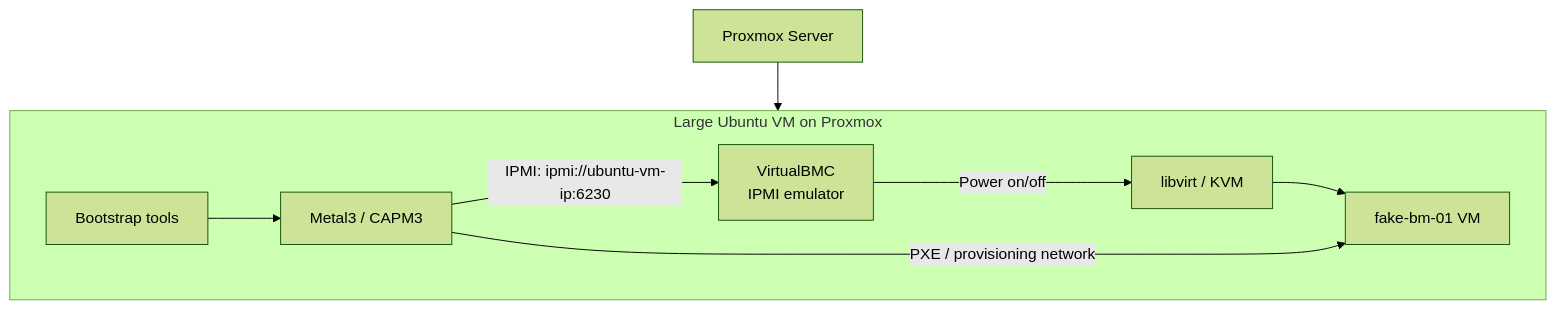
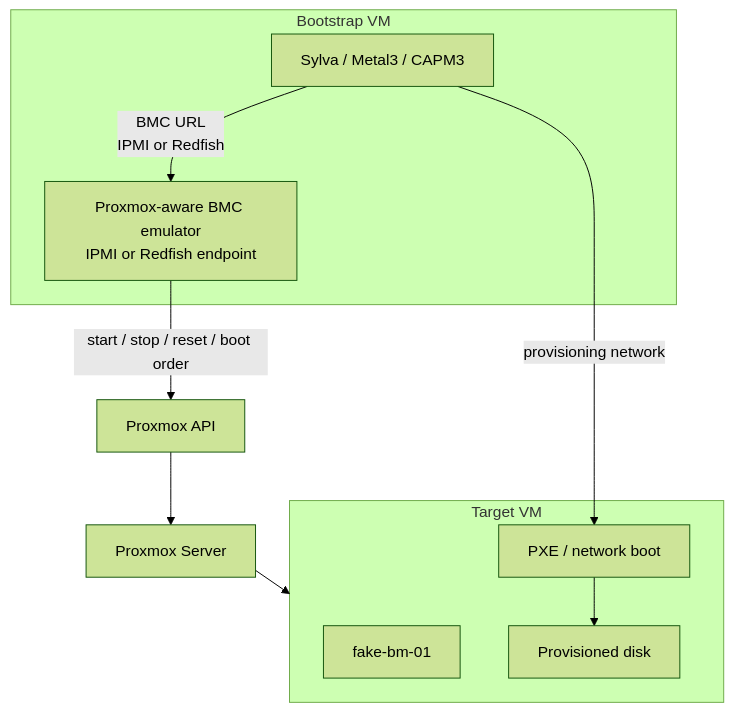
One commit to mohammedelnageb/Sylva_OIE_Project changed the fourth of 4 diagrams in docs/baremetal/README.md. Above: the diagram before and after it, drawn with Mermaid (forest theme). The commit also changed other lines of this file, not shown here.

Commit message:
Document Proxmox target VM fake BMC option

````diff
--- a/docs/baremetal/README.md
+++ b/docs/baremetal/README.md
@@ -405,19 +428,23 @@
 ```mermaid
 flowchart TB
     proxmox["Proxmox Server"]
+    api["Proxmox API"]
 
-    subgraph ubuntu["Large Ubuntu VM on Proxmox"]
-        bootstrap["Bootstrap tools"]
-        libvirt["libvirt / KVM"]
-        vbmc["VirtualBMC<br/>IPMI emulator"]
-        metal3["Metal3 / CAPM3"]
-        fakebm["fake-bm-01 VM"]
+    subgraph bootstrap["Bootstrap VM"]
+        sylva["Sylva / Metal3 / CAPM3"]
+        emulator["Proxmox-aware BMC emulator<br/>IPMI or Redfish endpoint"]
     end
 
-    proxmox --> ubuntu
-    bootstrap --> metal3
-    metal3 -->|"IPMI: ipmi://ubuntu-vm-ip:6230"| vbmc
-    vbmc -->|"Power on/off"| libvirt
-    libvirt --> fakebm
-    metal3 -->|"PXE / provisioning network"| fakebm
+    subgraph target["Target VM"]
+        fakebm["fake-bm-01"]
+        pxe["PXE / network boot"]
+        disk["Provisioned disk"]
+    end
+
+    sylva -->|"BMC URL<br/>IPMI or Redfish"| emulator
+    emulator -->|"start / stop / reset / boot order"| api
+    api --> proxmox
+    proxmox --> target
+    sylva -->|"provisioning network"| pxe
+    pxe --> disk
 ```
````
